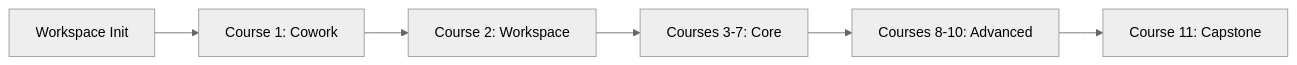
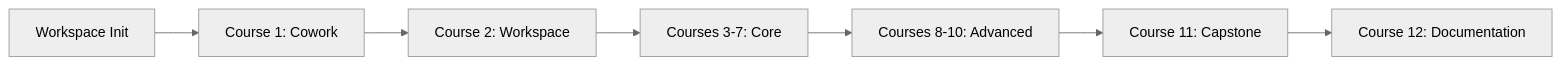
One commit to cogni-work/insight-wave changed the diagram in cogni-help/skills/workflow/references/internal-workflows/full-onboarding.md. Above: the diagram before and after it, drawn with Mermaid (neutral theme). The commit also changed other lines of this file and 7 other files, not shown here.

````diff
--- a/cogni-help/skills/workflow/references/internal-workflows/full-onboarding.md
+++ b/cogni-help/skills/workflow/references/internal-workflows/full-onboarding.md
@@ -7,8 +7,9 @@
 ```mermaid
 graph LR
     A[Workspace Init] --> B[Course 1: Cowork]
     B --> C[Course 2: Workspace]
     C --> D[Courses 3-7: Core]
     D --> E[Courses 8-10: Advanced]
     E --> F[Course 11: Capstone]
+    F --> G[Course 12: Documentation]
 ```
````
